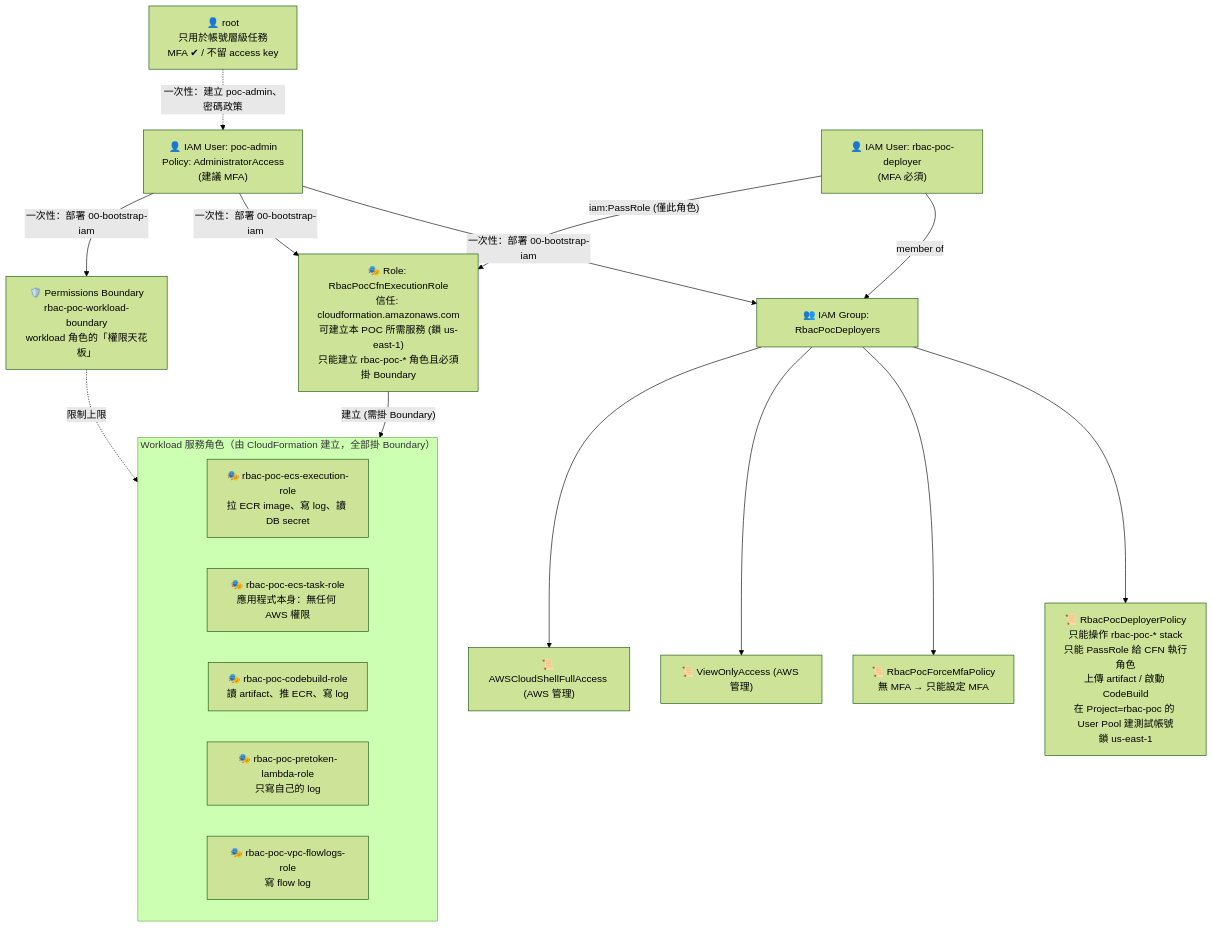
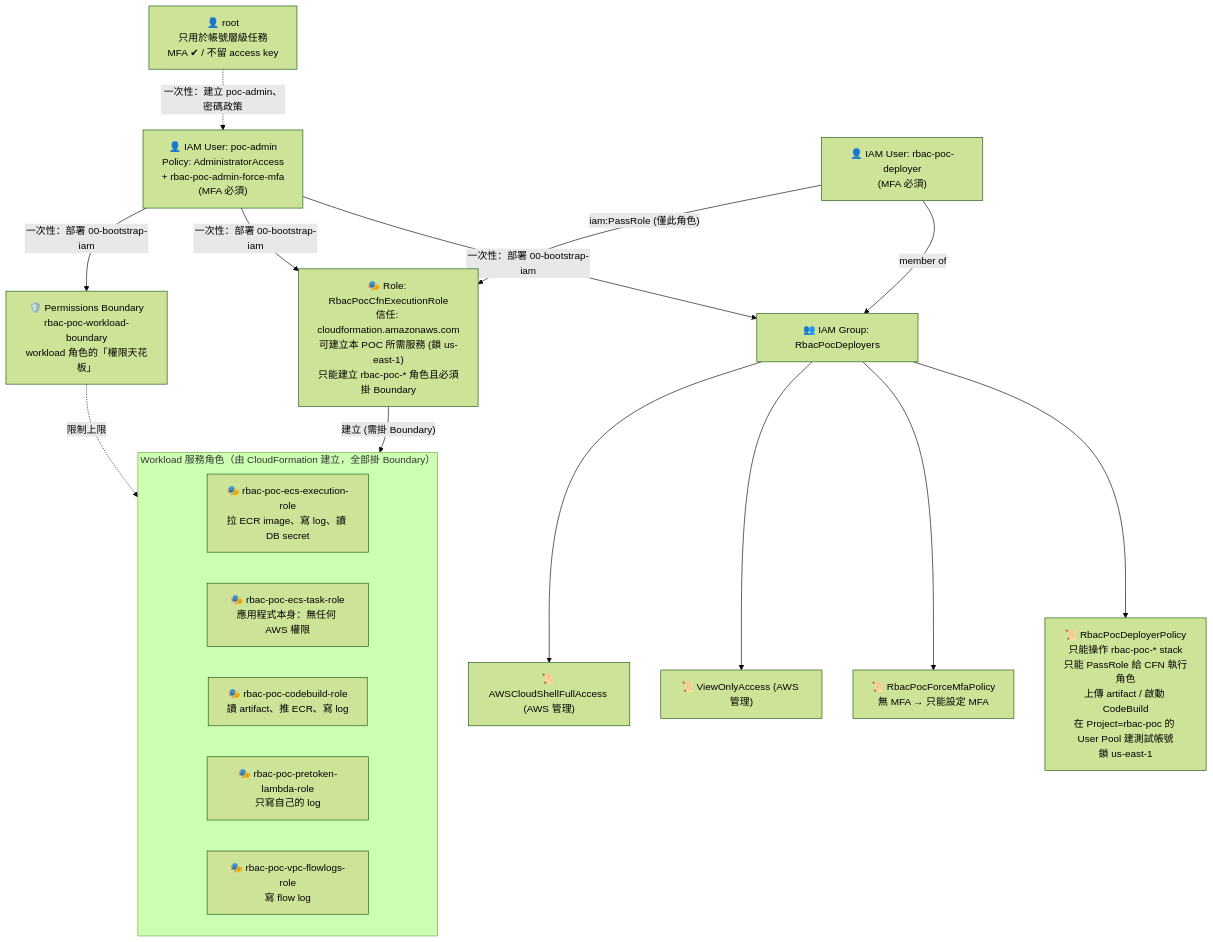
The seventh of 9 diagrams in README.md (ChunPingWang/rbac-poc-on-aws-tutorial), drawn with Mermaid (forest theme) before and after one commit. The commit also changed other lines of this file and 3 other files, not shown here.

First line of the commit message:
docs+iam: §4.0 account planning & MFA rationale; enforce MFA for poc-admin in bootstrap (doc/config consistency)

````diff
--- a/README.md
+++ b/README.md
@@ -639,28 +750,28 @@
 ```mermaid
 flowchart TB
     ROOT["👤 root<br/>只用於帳號層級任務<br/>MFA ✔ / 不留 access key"]
-    ADMIN["👤 IAM User: poc-admin<br/>Policy: AdministratorAccess<br/>(建議 MFA)"]
+    ADMIN["👤 IAM User: poc-admin<br/>Policy: AdministratorAccess<br/>+ rbac-poc-admin-force-mfa<br/>(MFA 必須)"]
     DEP["👤 IAM User: rbac-poc-deployer<br/>(MFA 必須)"]
     GRP["👥 IAM Group: RbacPocDeployers"]
     P1["📜 RbacPocDeployerPolicy<br/>只能操作 rbac-poc-* stack<br/>只能 PassRole 給 CFN 執行角色<br/>上傳 artifact / 啟動 CodeBuild<br/>在 Project=rbac-poc 的 User Pool 建測試帳號<br/>鎖 us-east-1"]
     P2["📜 RbacPocForceMfaPolicy<br/>無 MFA → 只能設定 MFA"]
     P3["📜 ViewOnlyAccess (AWS 管理)"]
     P4["📜 AWSCloudShellFullAccess (AWS 管理)"]
     CFNROLE["🎭 Role: RbacPocCfnExecutionRole<br/>信任: cloudformation.amazonaws.com<br/>可建立本 POC 所需服務 (鎖 us-east-1)<br/>只能建立 rbac-poc-* 角色且必須掛 Boundary"]
     BOUND["🛡️ Permissions Boundary<br/>rbac-poc-workload-boundary<br/>workload 角色的「權限天花板」"]
     subgraph WL["Workload 服務角色（由 CloudFormation 建立，全部掛 Boundary）"]
         R1["🎭 rbac-poc-ecs-execution-role<br/>拉 ECR image、寫 log、讀 DB secret"]
         R2["🎭 rbac-poc-ecs-task-role<br/>應用程式本身：無任何 AWS 權限"]
         R3["🎭 rbac-poc-codebuild-role<br/>讀 artifact、推 ECR、寫 log"]
         R4["🎭 rbac-poc-pretoken-lambda-role<br/>只寫自己的 log"]
         R5["🎭 rbac-poc-vpc-flowlogs-role<br/>寫 flow log"]
     end
 
     ROOT -. "一次性：建立 poc-admin、密碼政策" .-> ADMIN
     ADMIN -- "一次性：部署 00-bootstrap-iam" --> GRP & CFNROLE & BOUND
     DEP -- "member of" --> GRP
     GRP --> P1 & P2 & P3 & P4
     DEP -- "iam:PassRole (僅此角色)" --> CFNROLE
     CFNROLE -- "建立 (需掛 Boundary)" --> WL
     BOUND -. "限制上限" .-> WL
 ```
````
